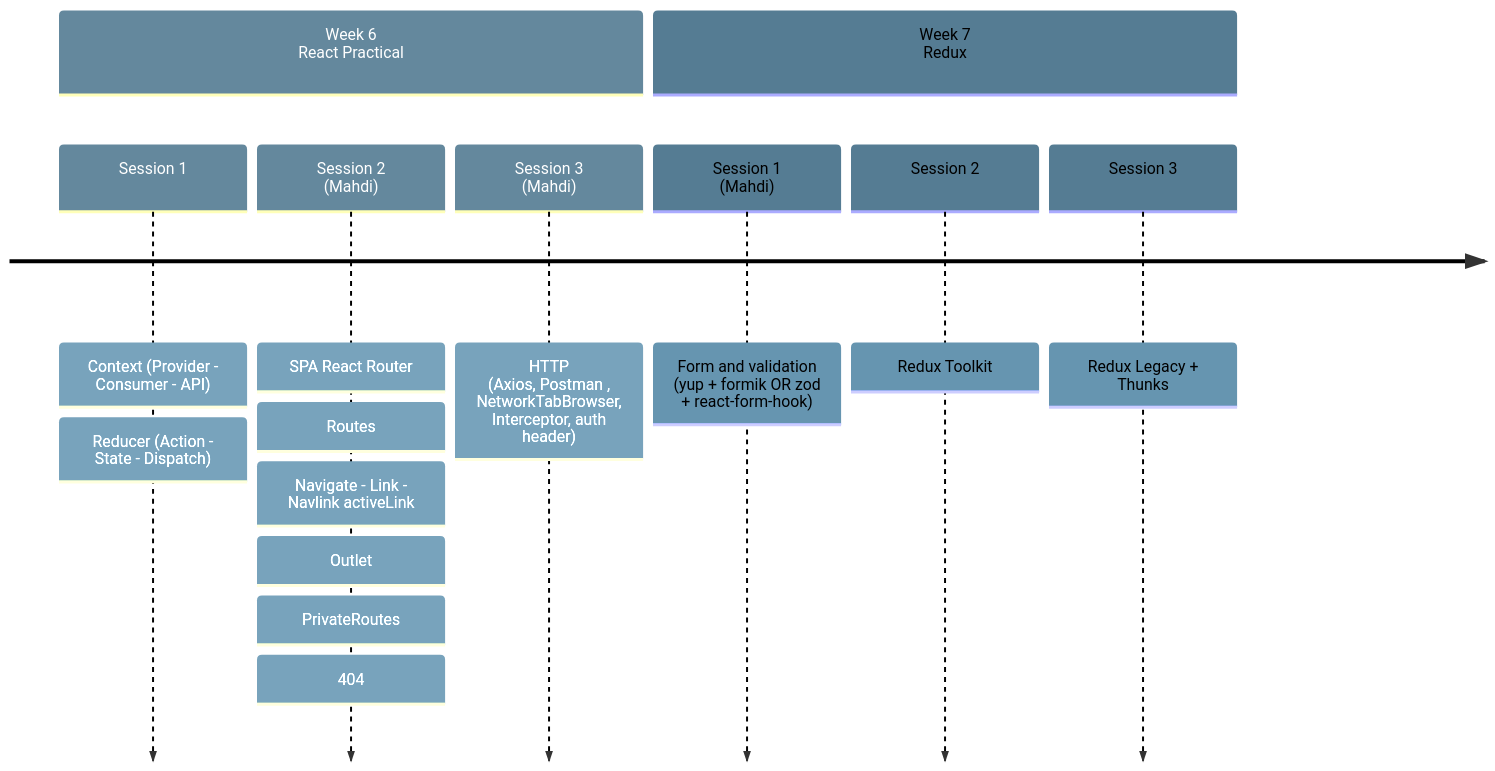
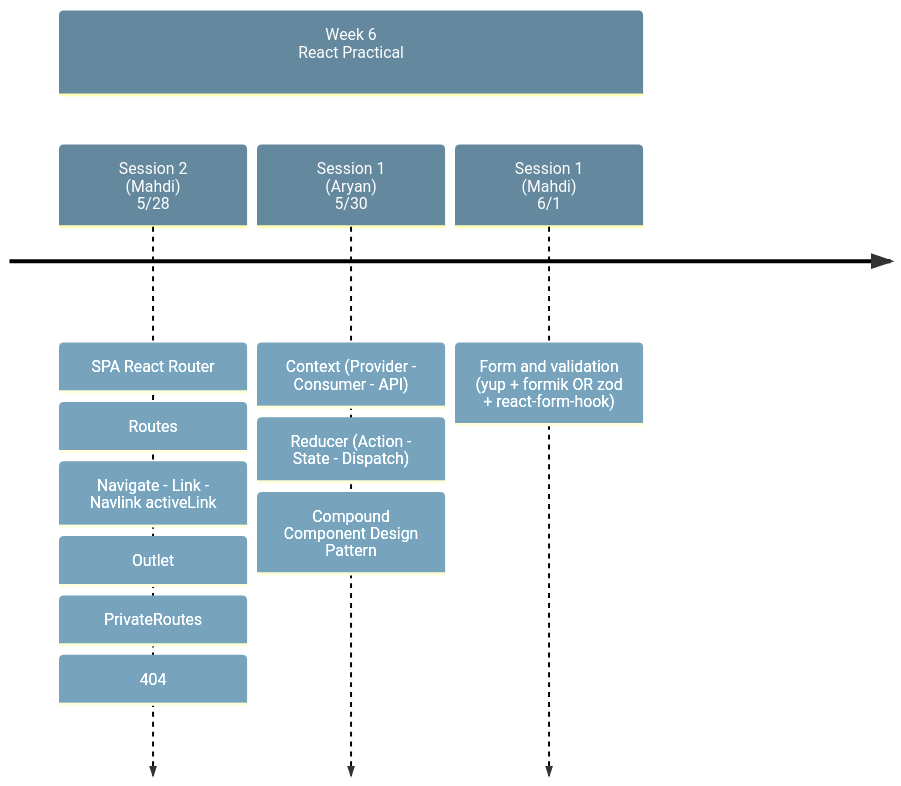
The sixth of 7 diagrams in README.md (aryansabet/FrontendBootcamp), drawn with Mermaid before and after one commit. The commit also changed other lines of this file, not shown here.

````diff
--- a/README.md
+++ b/README.md
@@ -99,41 +158,31 @@
 ```mermaid
 %%{init: { 'logLevel': 'debug', 'theme': 'default' , 'themeVariables': {
               'cScale0': '#64889D',
               'cScale1': '#557C93',
               'cScale2': '#42657E',
               'cScale3': '#1C3754',
               'cScale4': '#42657E',
               'cScale5': '#557C93',
               'cScale6': '#1C3754',
               'cScale7': '#64889D'
        }  } }%%
 timeline
     section Week 6 <br> React Practical
-        Session 1 
-            : Context (Provider - Consumer - API)
-            : Reducer (Action - State - Dispatch)
-        Session 2 <br> (Mahdi)
+
+        Session 2 <br> (Mahdi) <br> 5/28
             : SPA React Router
             : Routes
             : Navigate - Link - Navlink activeLink
             : Outlet
             : PrivateRoutes
             : 404
-        Session 3 <br> (Mahdi)
-            : HTTP <br> (Axios, Postman , NetworkTabBrowser, Interceptor, auth  header)
-
-    section Week 7 <br> Redux            
-        Session 1 <br> (Mahdi)
+        Session 1 <br> (Aryan) <br> 5/30
+            : Context (Provider - Consumer - API)
+            : Reducer (Action - State - Dispatch)    
+            : Compound Component Design Pattern   
+        Session 1 <br> (Mahdi) <br> 6/1
             : Form and validation <br> (yup + formik OR zod + react-form-hook)
-        Session 2
-            : Redux Toolkit
-        Session 3
-            : Redux Legacy + Thunks
-                
-
-
-
 
 
 
 ```
````
